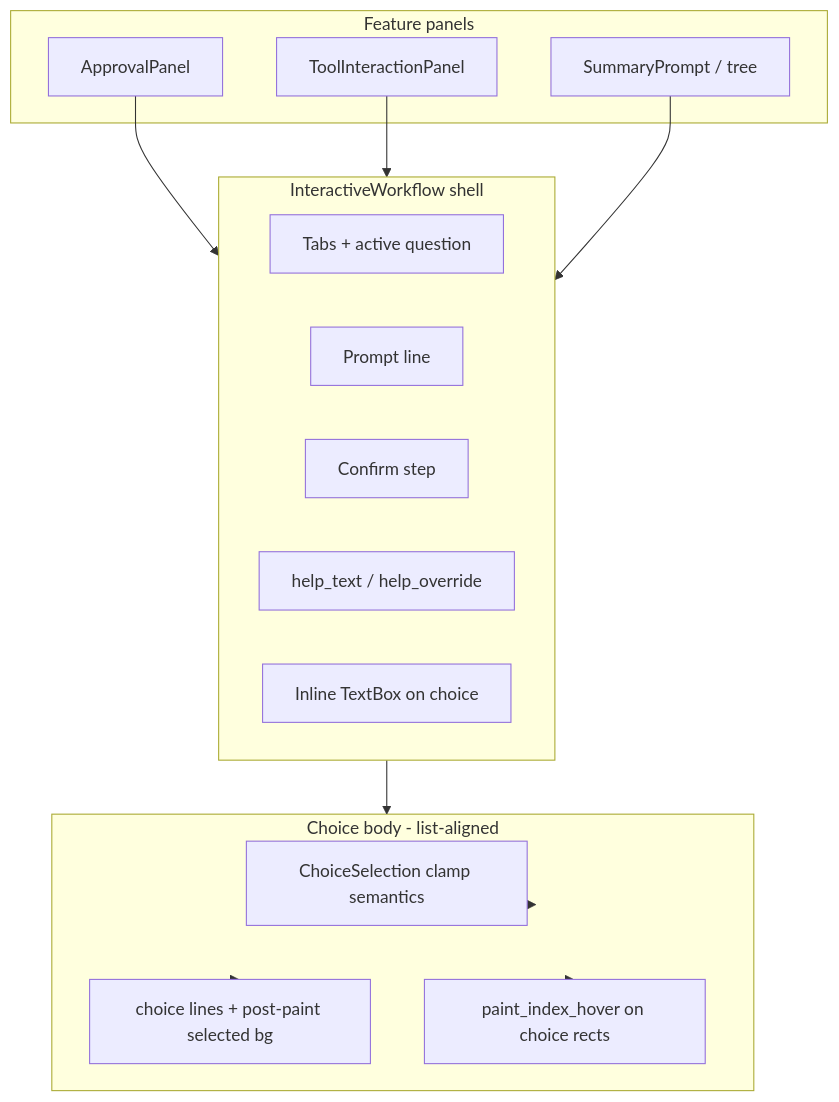
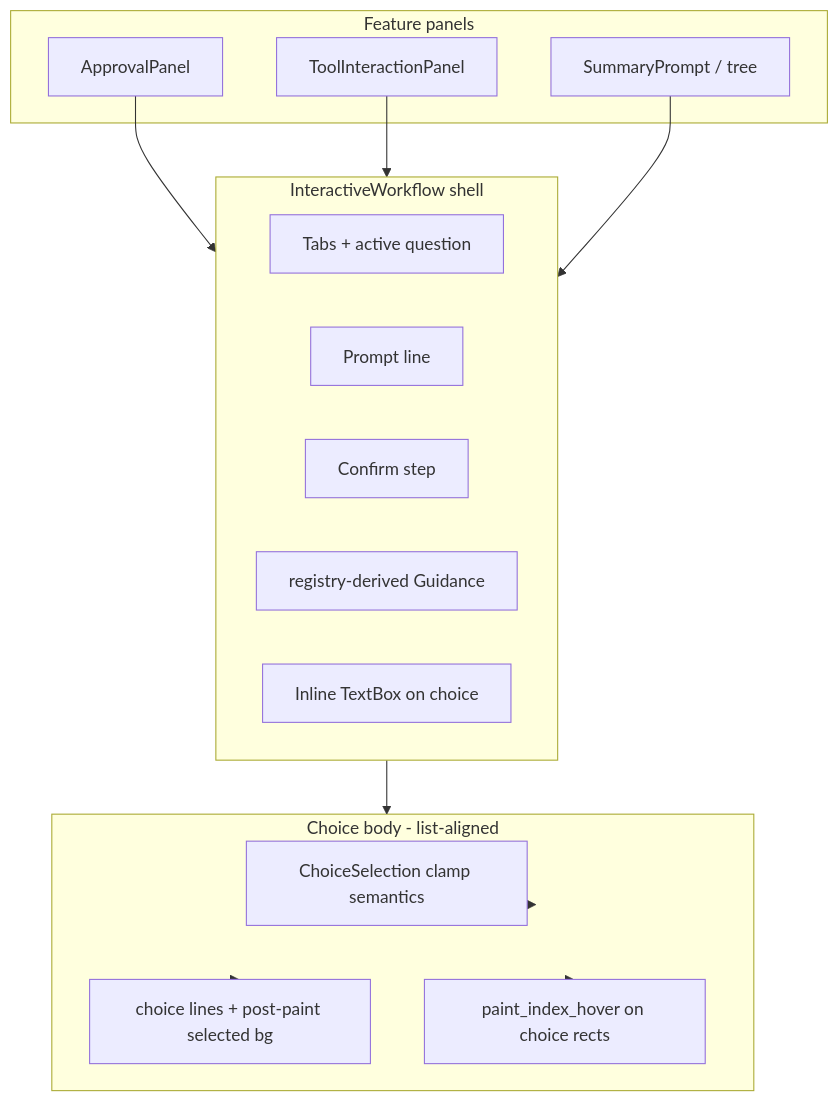
Before and after one commit to biuld/piko: the first of 2 diagrams in packages/tui/docs/design/decide-surfaces-ux.md, drawn with Mermaid. The commit also changed other lines of this file and 88 other files, not shown here.

````diff
--- a/packages/tui/docs/design/decide-surfaces-ux.md
+++ b/packages/tui/docs/design/decide-surfaces-ux.md
@@ -172,30 +172,30 @@
 ```mermaid
 flowchart TB
   subgraph features [Feature panels]
     AP[ApprovalPanel]
     TI[ToolInteractionPanel]
     SP[SummaryPrompt / tree]
   end
 
   subgraph shell [InteractiveWorkflow shell]
     Tabs[Tabs + active question]
     Prompt[Prompt line]
     Confirm[Confirm step]
-    Help[help_text / help_override]
+    Help[registry-derived Guidance]
     Input[Inline TextBox on choice]
   end
 
   subgraph body [Choice body - list-aligned]
     Sel[ChoiceSelection clamp semantics]
     Paint[choice lines + post-paint selected bg]
     Hover[paint_index_hover on choice rects]
   end
 
   AP --> shell
   TI --> shell
   SP --> shell
   shell --> body
   body --> Sel
   body --> Paint
   body --> Hover
 ```
````
